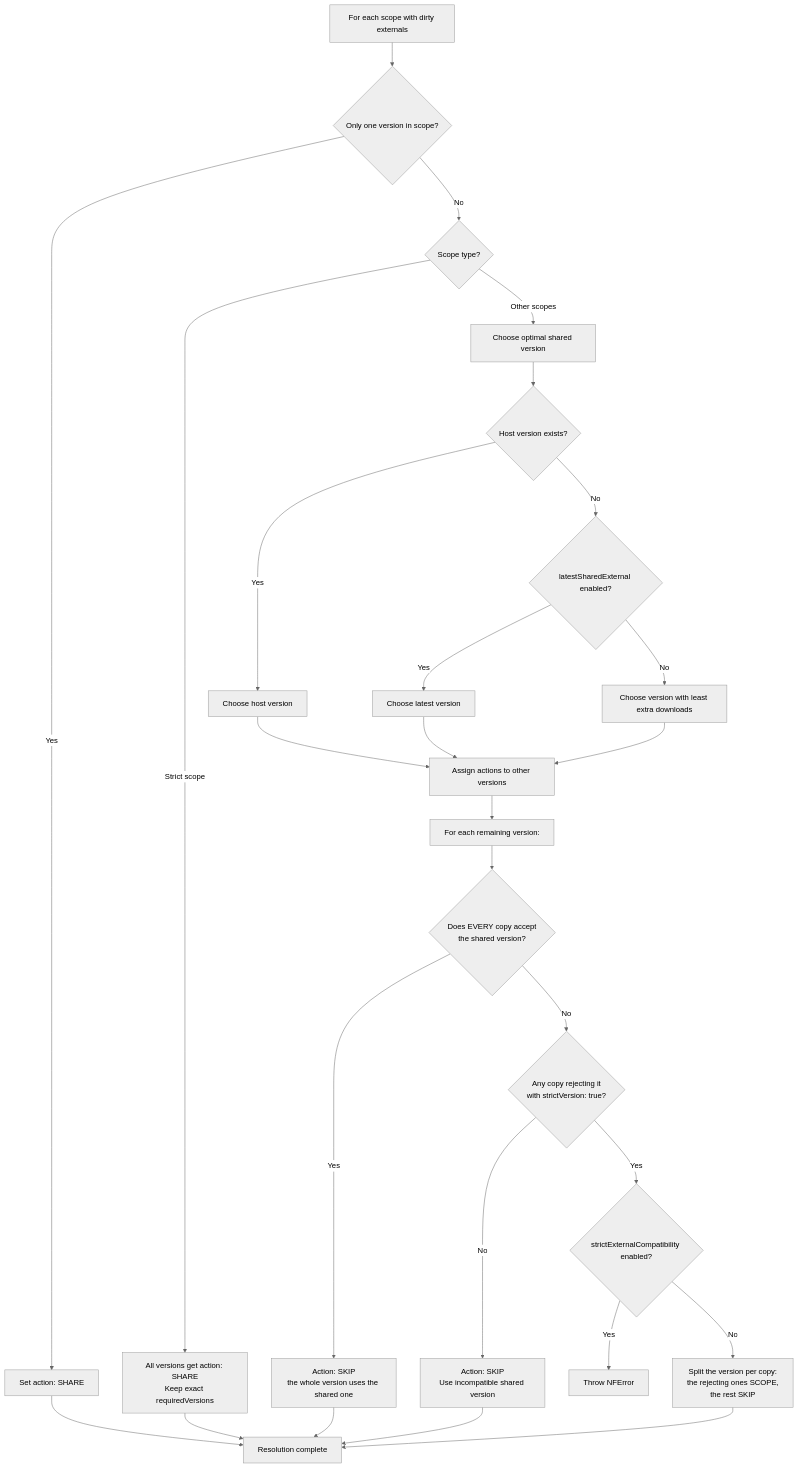
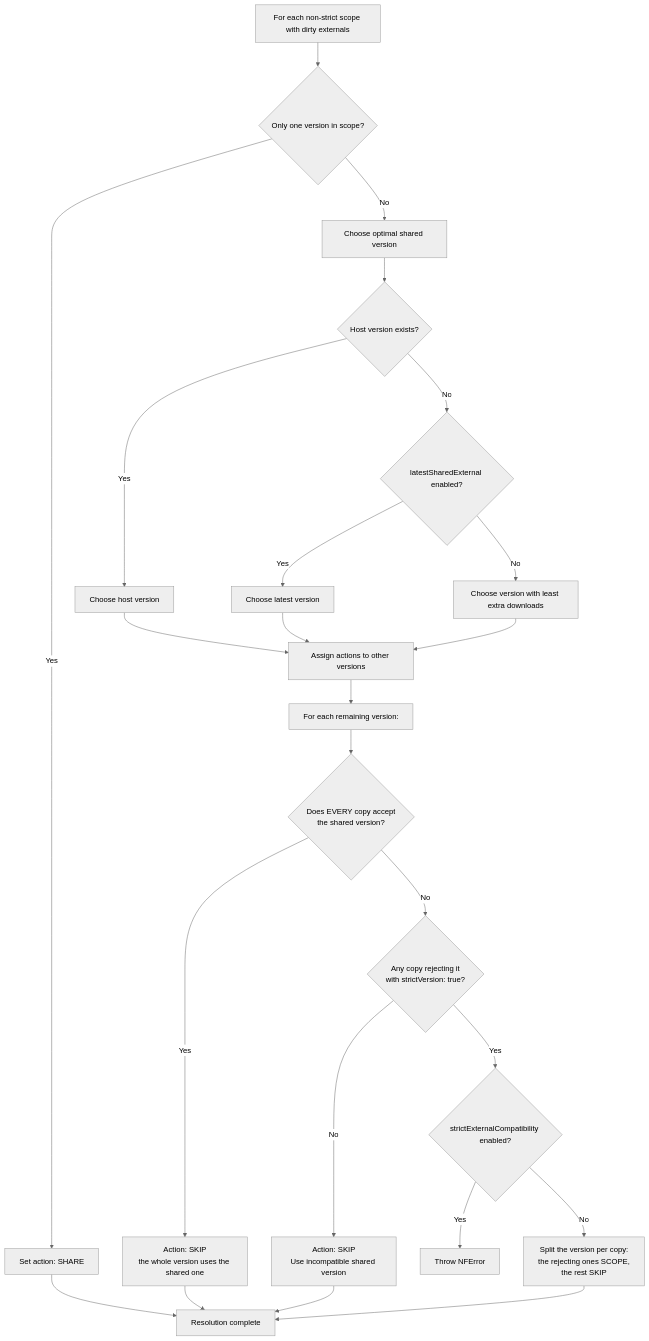
Before and after one commit to native-federation/orchestrator: the fourth of 11 diagrams in docs/version-resolver.md, drawn with Mermaid (neutral theme). The commit also changed other lines of this file and 11 other files, not shown here.

````diff
--- a/docs/version-resolver.md
+++ b/docs/version-resolver.md
@@ -669,33 +669,30 @@
 ```mermaid
 flowchart TD
-    A[For each scope with dirty externals] --> B{Only one version in scope?}
+    A[For each non-strict scope with dirty externals] --> B{Only one version in scope?}
     B -->|Yes| C[Set action: SHARE]
-    B -->|No| D{Scope type?}
-    D -->|Strict scope| E[All versions get action: SHARE<br/>Keep exact requiredVersions]
-    D -->|Other scopes| F[Choose optimal shared version]
+    B -->|No| F[Choose optimal shared version]
 
     F --> F1{Host version exists?}
     F1 -->|Yes| F2[Choose host version]
     F1 -->|No| F3{latestSharedExternal enabled?}
     F3 -->|Yes| F4[Choose latest version]
     F3 -->|No| F5[Choose version with least extra downloads]
 
     F2 --> G[Assign actions to other versions]
     F4 --> G
     F5 --> G
 
     G --> G1[For each remaining version:]
     G1 --> G2{Does EVERY copy accept<br/>the shared version?}
     G2 -->|Yes| G3[Action: SKIP<br/>the whole version uses the shared one]
     G2 -->|No| G4{Any copy rejecting it<br/>with strictVersion: true?}
     G4 -->|No| G6[Action: SKIP<br/>Use incompatible shared version]
     G4 -->|Yes| G5{strictExternalCompatibility enabled?}
     G5 -->|Yes| G7[Throw NFError]
     G5 -->|No| G8[Split the version per copy:<br/>the rejecting ones SCOPE,<br/>the rest SKIP]
 
     C --> H[Resolution complete]
-    E --> H
     G3 --> H
     G6 --> H
     G8 --> H
 ```
````
